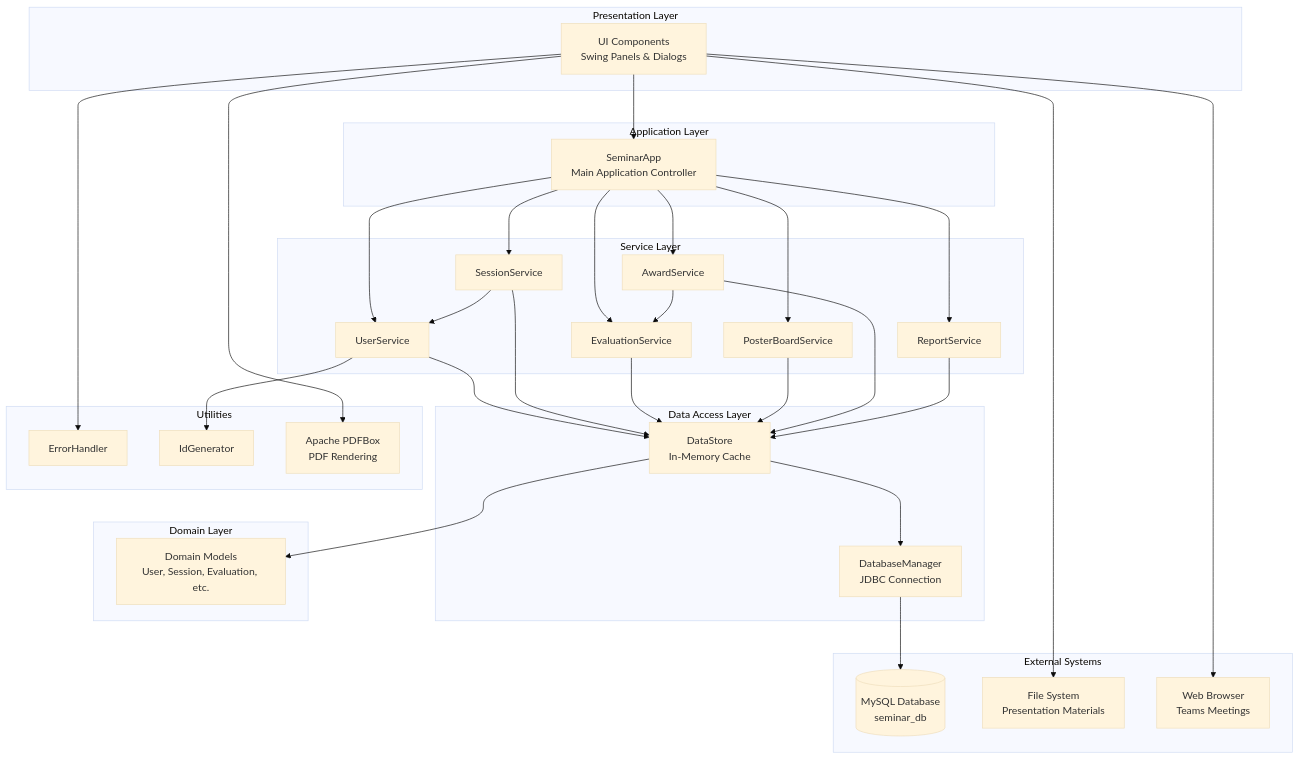
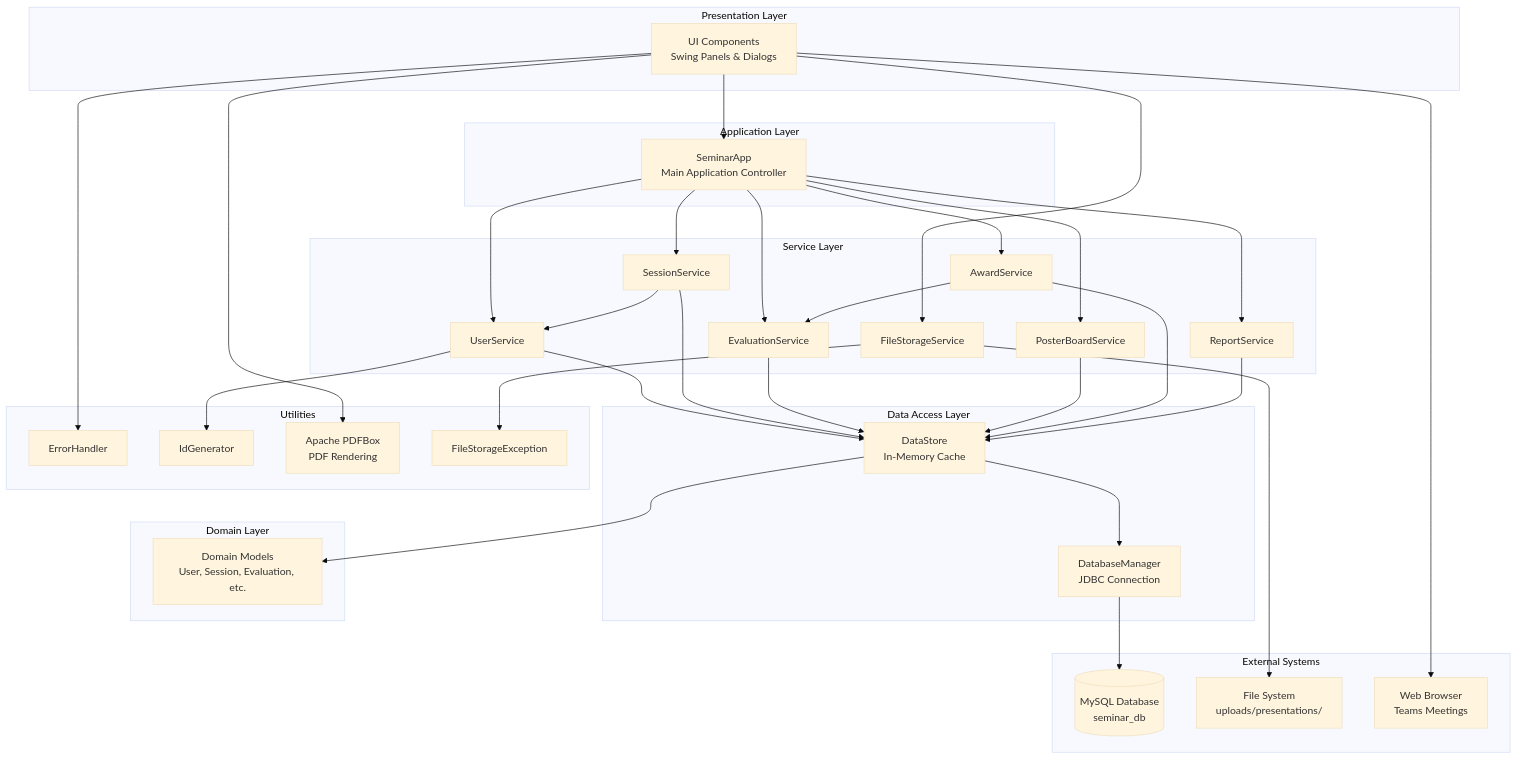
Before and after one commit to Jinyuanmak/OOAD-Lab-Exercise: the ninth of 12 diagrams in UML_DIAGRAMS.md, drawn with Mermaid (base theme). The commit also changed other lines of this file and 89 other files, not shown here.

````diff
--- a/UML_DIAGRAMS.md
+++ b/UML_DIAGRAMS.md
@@ -772,69 +855,73 @@
 ```mermaid
 graph TB
     subgraph "Presentation Layer"
         UI[UI Components<br/>Swing Panels & Dialogs]
     end
     
     subgraph "Application Layer"
         App[SeminarApp<br/>Main Application Controller]
     end
     
     subgraph "Service Layer"
         UserSvc[UserService]
         SessionSvc[SessionService]
         EvalSvc[EvaluationService]
         PosterSvc[PosterBoardService]
         AwardSvc[AwardService]
         ReportSvc[ReportService]
+        FileSvc[FileStorageService]
     end
     
     subgraph "Data Access Layer"
         DataStore[DataStore<br/>In-Memory Cache]
         DBMgr[DatabaseManager<br/>JDBC Connection]
     end
     
     subgraph "Domain Layer"
         Models[Domain Models<br/>User, Session, Evaluation, etc.]
     end
     
     subgraph "External Systems"
         MySQL[(MySQL Database<br/>seminar_db)]
-        FileSystem[File System<br/>Presentation Materials]
+        FileSystem[File System<br/>uploads/presentations/]
         Browser[Web Browser<br/>Teams Meetings]
     end
     
     subgraph "Utilities"
         ErrorHandler[ErrorHandler]
         IdGenerator[IdGenerator]
         PDFBox[Apache PDFBox<br/>PDF Rendering]
+        FileStorageEx[FileStorageException]
     end
     
     UI --> App
     App --> UserSvc
     App --> SessionSvc
     App --> EvalSvc
     App --> PosterSvc
     App --> AwardSvc
     App --> ReportSvc
     
     UserSvc --> DataStore
     SessionSvc --> DataStore
     EvalSvc --> DataStore
     PosterSvc --> DataStore
     AwardSvc --> DataStore
     ReportSvc --> DataStore
     
     DataStore --> DBMgr
     DataStore --> Models
     
     DBMgr --> MySQL
     
     UI --> ErrorHandler
+    UI --> FileSvc
     UserSvc --> IdGenerator
     UI --> PDFBox
-    UI --> FileSystem
+    FileSvc --> FileSystem
+    FileSvc --> FileStorageEx
     UI --> Browser
     
     SessionSvc --> UserSvc
     AwardSvc --> EvalSvc
 ```
````
